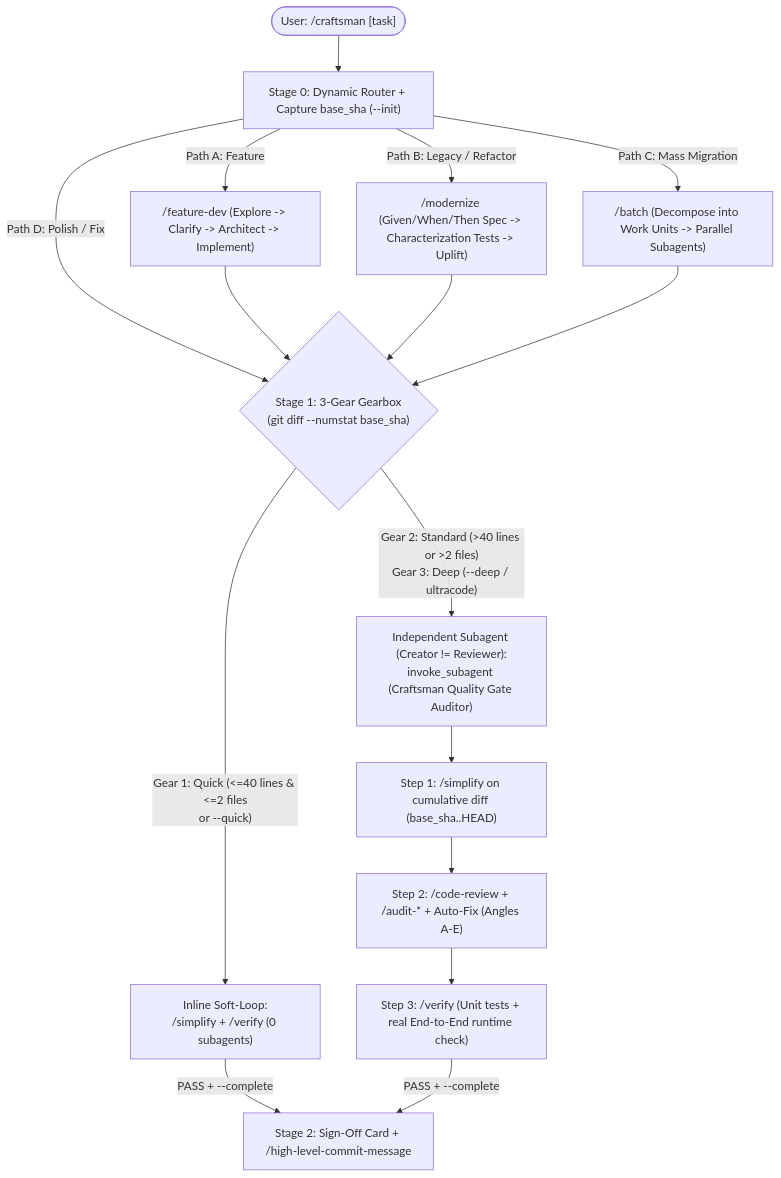
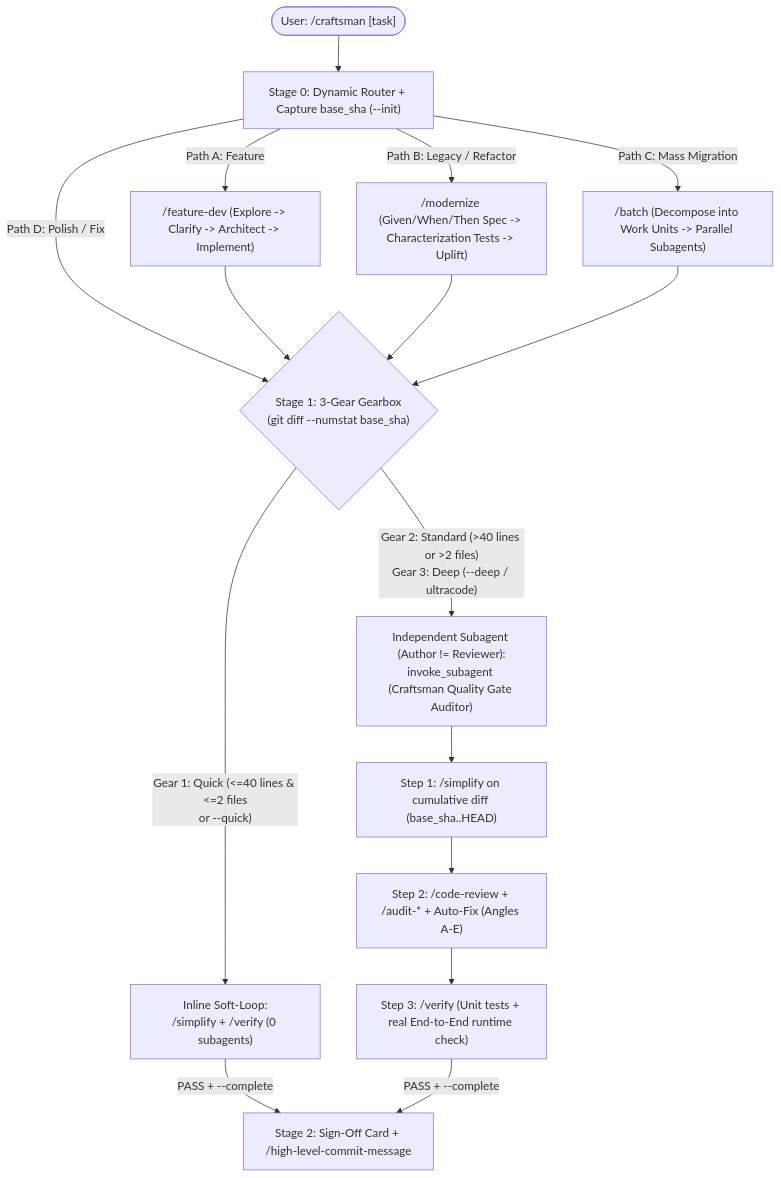
The diagram in README.md (BuczynskiRafal/craftsman), drawn with Mermaid before and after one commit. The commit also changed other lines of this file, not shown here.

````diff
--- a/README.md
+++ b/README.md
@@ -50,23 +75,23 @@
 ```mermaid
 flowchart TD
     User(["User: /craftsman [task]"]) --> Triage["Stage 0: Dynamic Router + Capture base_sha (--init)"]
 
     Triage -->|"Path A: Feature"| Arch["/feature-dev (Explore -> Clarify -> Architect -> Implement)"]
     Triage -->|"Path B: Legacy / Refactor"| Mod["/modernize (Given/When/Then Spec -> Characterization Tests -> Uplift)"]
     Triage -->|"Path C: Mass Migration"| Batch["/batch (Decompose into Work Units -> Parallel Subagents)"]
     Triage -->|"Path D: Polish / Fix"| Gearbox{"Stage 1: 3-Gear Gearbox\n(git diff --numstat base_sha)"}
 
     Arch --> Gearbox
     Mod --> Gearbox
     Batch --> Gearbox
 
     Gearbox -->|"Gear 1: Quick (<=40 lines & <=2 files\nor --quick)"| SoftLoop["Inline Soft-Loop:\n/simplify + /verify (0 subagents)"]
-    Gearbox -->|"Gear 2: Standard (>40 lines or >2 files)\nGear 3: Deep (--deep / ultracode)"| Subagent["Independent Subagent (Creator != Reviewer):\ninvoke_subagent (Craftsman Quality Gate Auditor)"]
+    Gearbox -->|"Gear 2: Standard (>40 lines or >2 files)\nGear 3: Deep (--deep / ultracode)"| Subagent["Independent Subagent (Author != Reviewer):\ninvoke_subagent (Craftsman Quality Gate Auditor)"]
 
     Subagent --> Simplify["Step 1: /simplify on cumulative diff (base_sha..HEAD)"]
     Simplify --> Review["Step 2: /code-review + /audit-* + Auto-Fix (Angles A-E)"]
     Review --> Verify["Step 3: /verify (Unit tests + real End-to-End runtime check)"]
 
     SoftLoop -->|"PASS + --complete"| Commit["Stage 2: Sign-Off Card + /high-level-commit-message"]
     Verify -->|"PASS + --complete"| Commit
 ```
````
